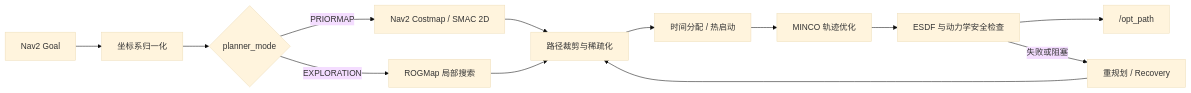
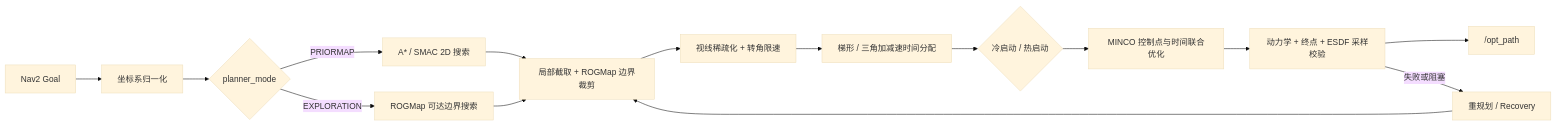
The diagram in src/navigation/minco_planner/README.md (Walker152/navi_minco_bit), drawn with Mermaid (base theme) before and after one commit. The commit also changed other lines of this file and 15 other files, not shown here.

````diff
--- a/src/navigation/minco_planner/README.md
+++ b/src/navigation/minco_planner/README.md
@@ -22,15 +22,17 @@
 ```mermaid
 flowchart LR
   G[Nav2 Goal] --> N[坐标系归一化]
   N --> S{planner_mode}
-  S -->|PRIORMAP| C[Nav2 Costmap / SMAC 2D]
-  S -->|EXPLORATION| R[ROGMap 局部搜索]
-  C --> P[路径裁剪与稀疏化]
+  S -->|PRIORMAP| C[A* / SMAC 2D 搜索]
+  S -->|EXPLORATION| R[ROGMap 可达边界搜索]
+  C --> P[局部截取 + ROGMap 边界裁剪]
   R --> P
-  P --> T[时间分配 / 热启动]
-  T --> M[MINCO 轨迹优化]
-  M --> E[ESDF 与动力学安全检查]
+  P --> W[视线稀疏化 + 转角限速]
+  W --> T[梯形 / 三角加减速时间分配]
+  T --> H{冷启动 / 热启动}
+  H --> M[MINCO 控制点与时间联合优化]
+  M --> E[动力学 + 终点 + ESDF 采样校验]
   E --> O["/opt_path"]
   E -->|失败或阻塞| F[重规划 / Recovery]
   F --> P
 ```
````
